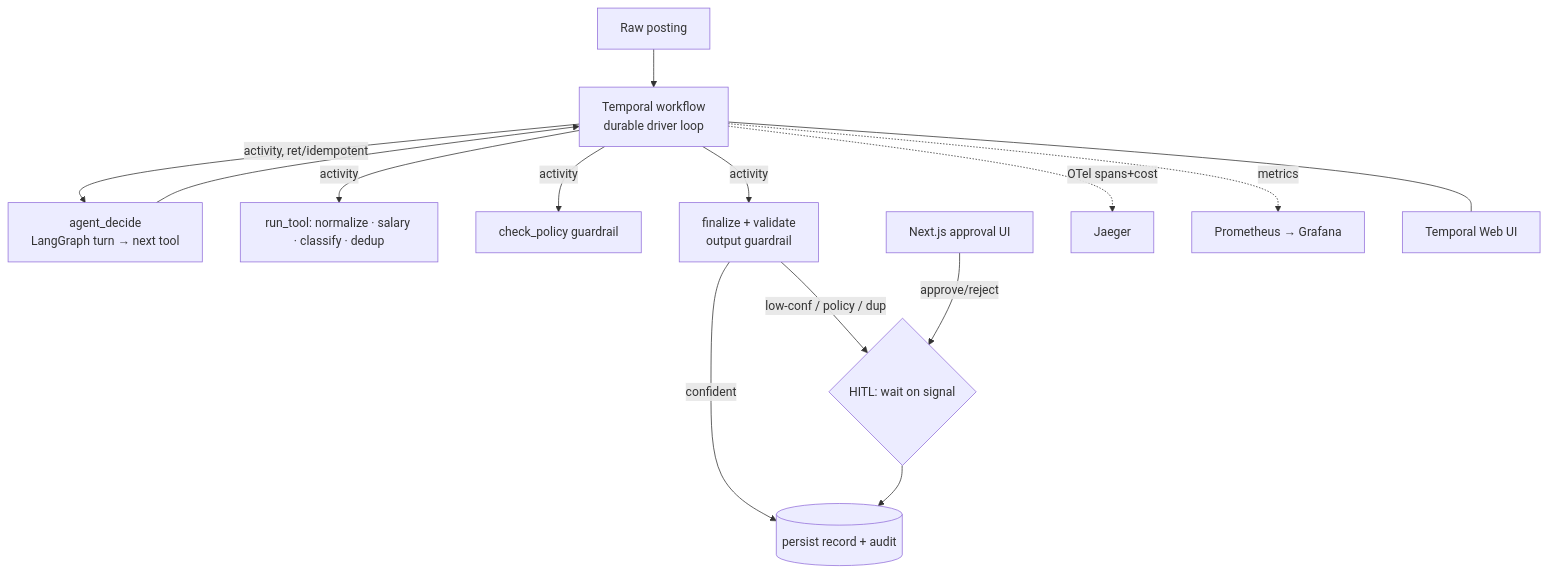
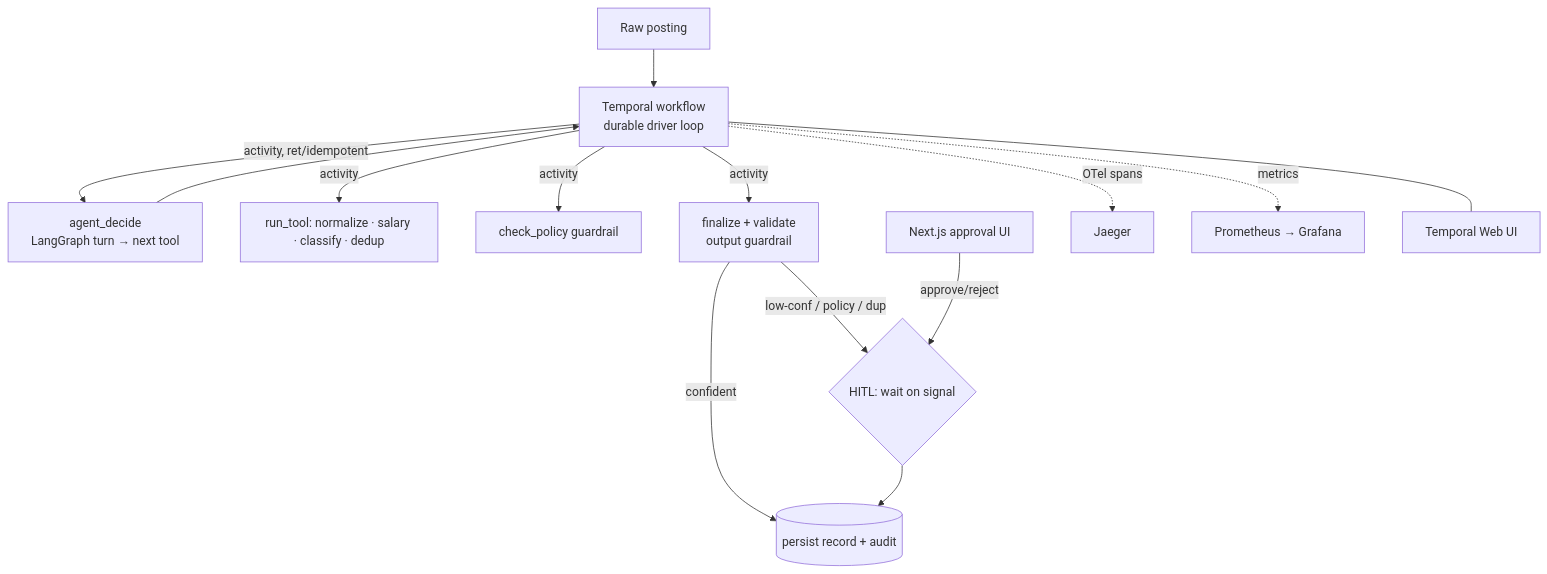
The diagram in README.md (DurdensDream/conductor), drawn with Mermaid before and after one commit. The commit also changed other lines of this file and 17 other files, not shown here.

````diff
--- a/README.md
+++ b/README.md
@@ -25,16 +25,16 @@
 ```mermaid
 flowchart TB
   IN[Raw posting] --> WF[Temporal workflow<br/>durable driver loop]
   WF -->|activity, ret/idempotent| DEC[agent_decide<br/>LangGraph turn → next tool]
   DEC --> WF
   WF -->|activity| TOOLS[run_tool: normalize · salary · classify · dedup]
   WF -->|activity| POL[check_policy guardrail]
   WF -->|activity| FIN[finalize + validate<br/>output guardrail]
   FIN -->|confident| PERSIST[(persist record + audit)]
   FIN -->|low-conf / policy / dup| GATE{HITL: wait on signal}
   UI[Next.js approval UI] -->|approve/reject| GATE
   GATE --> PERSIST
-  WF -. OTel spans+cost .-> JAEGER[Jaeger]
+  WF -. OTel spans .-> JAEGER[Jaeger]
   WF -. metrics .-> PROM[Prometheus → Grafana]
   WF --- TUI[Temporal Web UI]
 ```
````
